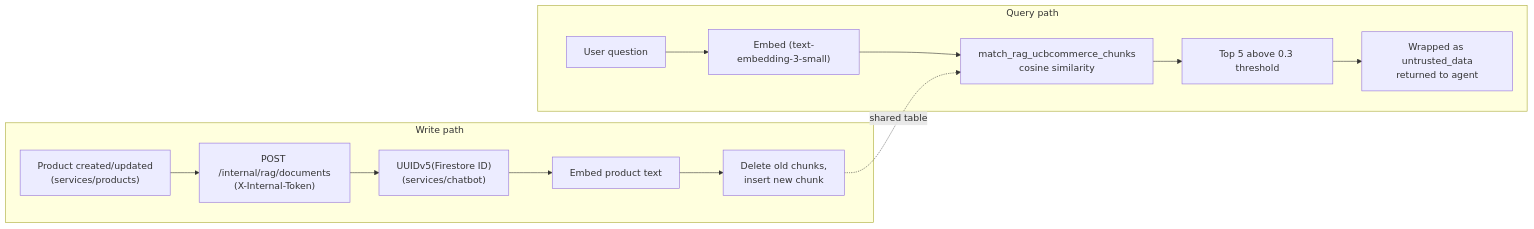
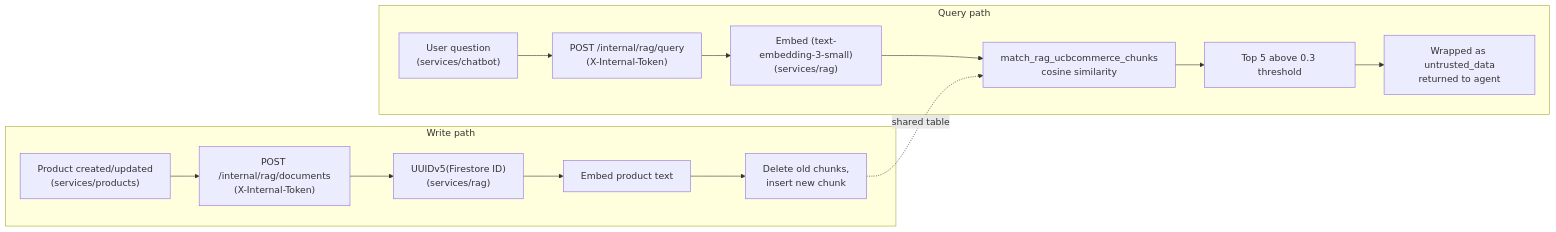
One commit to ChristianMendozaa/UCB-e-commerce changed the fourth of 4 diagrams in README.md. Above: the diagram before and after it, drawn with Mermaid. The commit also changed other lines of this file and 35 other files, not shown here.

````diff
--- a/README.md
+++ b/README.md
@@ -199,16 +212,17 @@
 ```mermaid
 graph LR
     subgraph Write path
         PW["Product created/updated\n(services/products)"] --> POST["POST /internal/rag/documents\n(X-Internal-Token)"]
-        POST --> UUID["UUIDv5(Firestore ID)\n(services/chatbot)"]
+        POST --> UUID["UUIDv5(Firestore ID)\n(services/rag)"]
         UUID --> EMB1[Embed product text]
         EMB1 --> UP[Delete old chunks,\ninsert new chunk]
     end
     subgraph Query path
-        Q[User question] --> EMB2["Embed (text-embedding-3-small)"]
+        Q["User question\n(services/chatbot)"] --> QPOST["POST /internal/rag/query\n(X-Internal-Token)"]
+        QPOST --> EMB2["Embed (text-embedding-3-small)\n(services/rag)"]
         EMB2 --> RPC[match_rag_ucbcommerce_chunks\ncosine similarity]
         RPC --> TOP[Top 5 above 0.3 threshold]
         TOP --> WRAP[Wrapped as untrusted_data\nreturned to agent]
     end
     UP -.->|shared table| RPC
 ```
````
